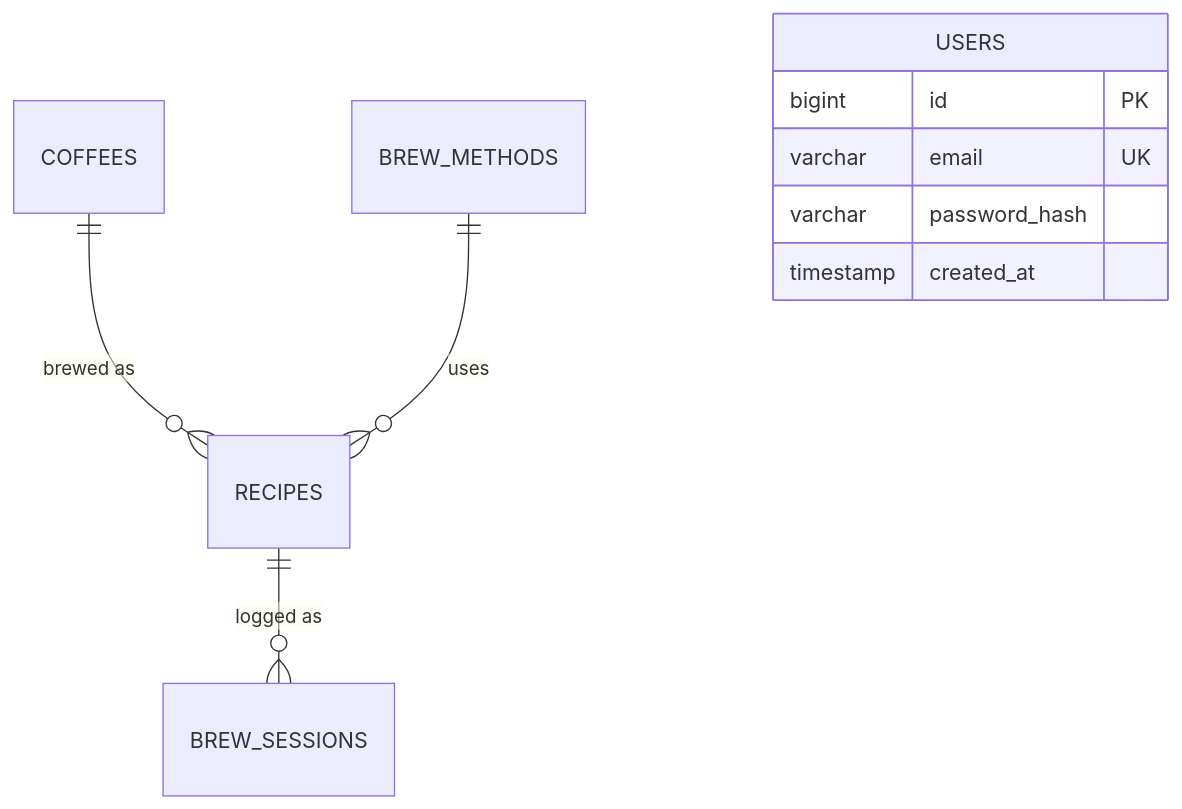
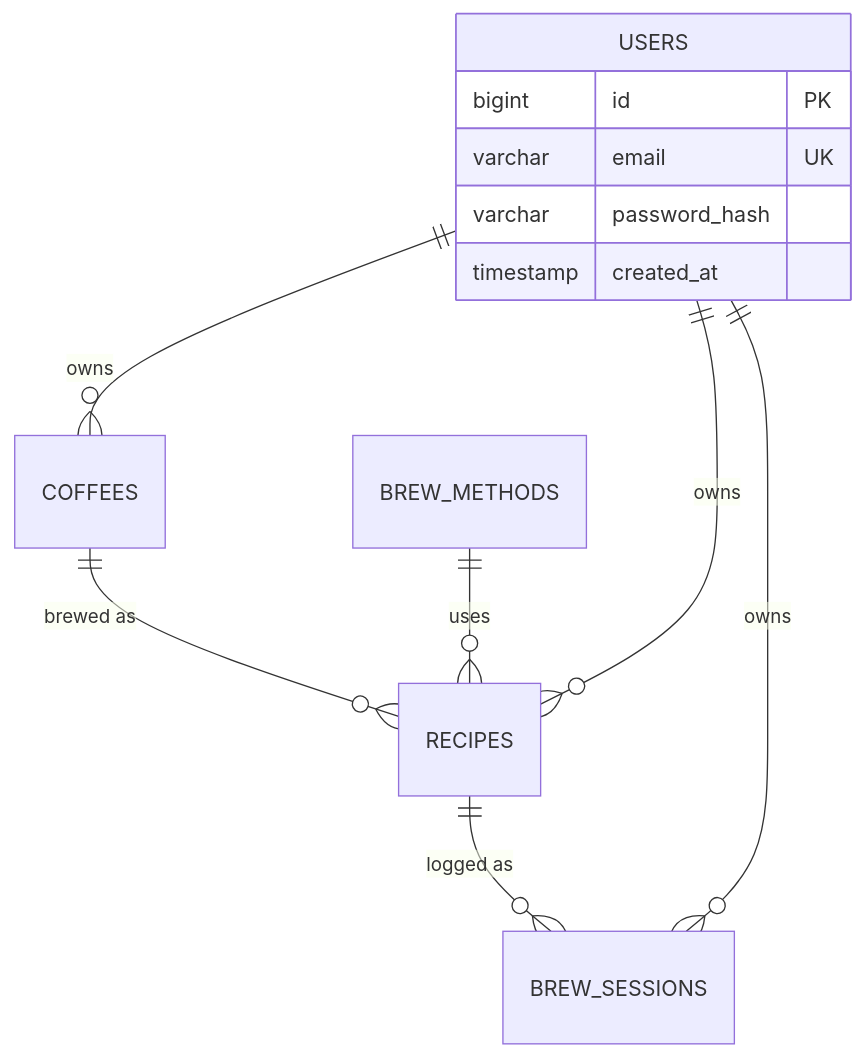
Before and after one commit to JuanMelendres/brewdeck: the diagram in docs/architecture/database-design.md, drawn with Mermaid. The commit also changed other lines of this file and 17 other files, not shown here.

````diff
--- a/docs/architecture/database-design.md
+++ b/docs/architecture/database-design.md
@@ -17,12 +18,15 @@
 ```mermaid
 erDiagram
   COFFEES ||--o{ RECIPES : "brewed as"
   BREW_METHODS ||--o{ RECIPES : "uses"
   RECIPES ||--o{ BREW_SESSIONS : "logged as"
+  USERS ||--o{ COFFEES : "owns"
+  USERS ||--o{ RECIPES : "owns"
+  USERS ||--o{ BREW_SESSIONS : "owns"
   USERS {
     bigint id PK
     varchar email UK
     varchar password_hash
     timestamp created_at
   }
 ```
````
